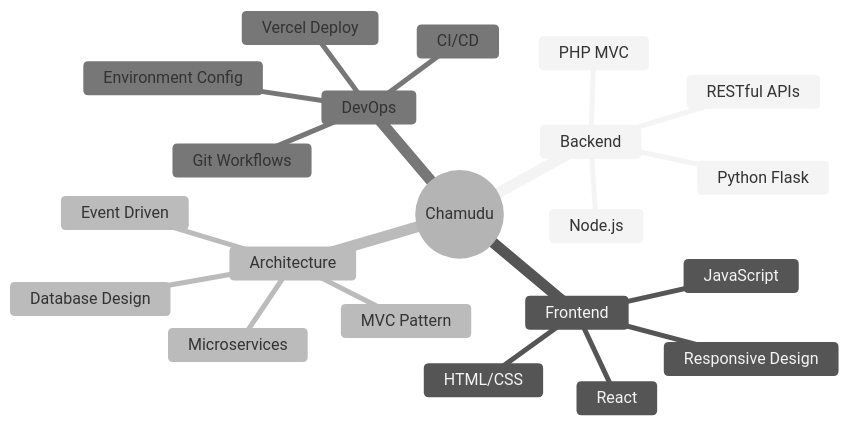
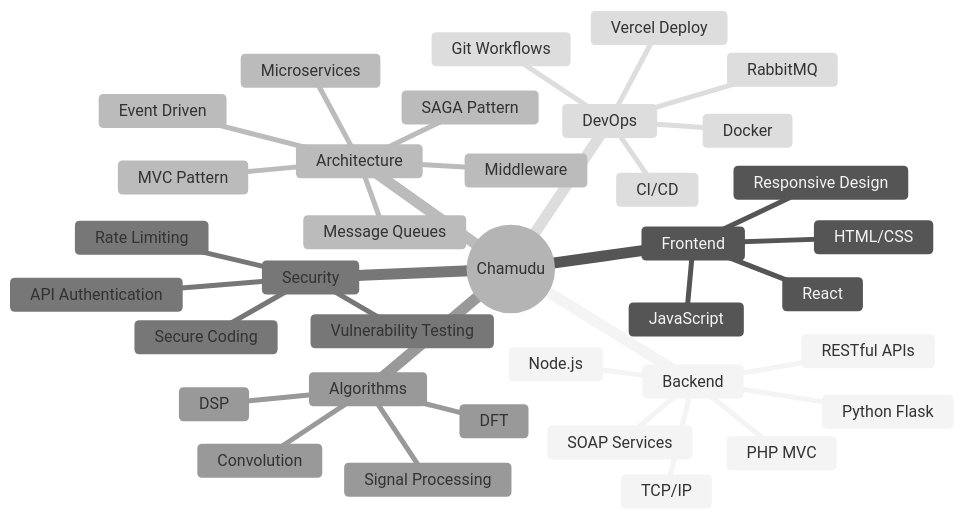
Before and after one commit to Chamudu/Chamudu: the diagram in README.md, drawn with Mermaid. The commit also changed other lines of this file, not shown here.

Commit message:
Add SwiftLogistics project, Algorithms & Security section, expanded tech stack, and updated mindmap/focus areas

````diff
--- a/README.md
+++ b/README.md
@@ -214,25 +267,40 @@
 ```mermaid
 %%{init: {'theme':'neutral'}}%%
 mindmap
   root((Chamudu))
     Backend
       PHP MVC
       Python Flask
       Node.js
       RESTful APIs
+      SOAP Services
+      TCP/IP
     Frontend
       JavaScript
       React
       HTML/CSS
       Responsive Design
     Architecture
       MVC Pattern
       Microservices
       Event Driven
-      Database Design
+      Middleware
+      Message Queues
+      SAGA Pattern
+    Security
+      Vulnerability Testing
+      Secure Coding
+      API Authentication
+      Rate Limiting
+    Algorithms
+      DSP
+      Convolution
+      DFT
+      Signal Processing
     DevOps
       Git Workflows
+      Docker
+      RabbitMQ
       Vercel Deploy
-      Environment Config
       CI/CD
 ```
````
